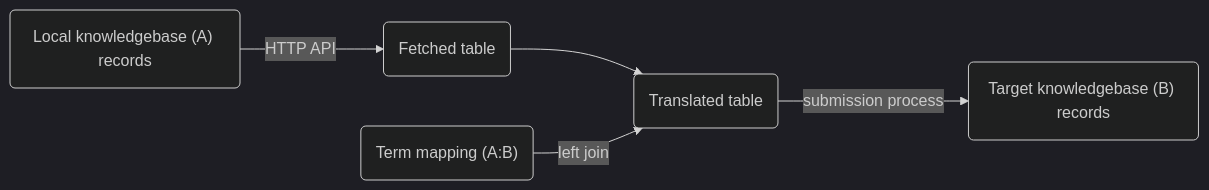
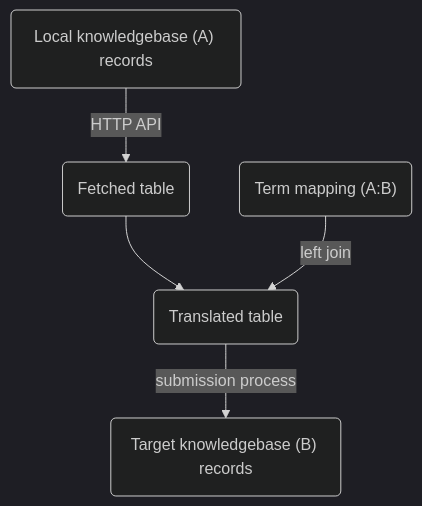
The diagram in posts/translating_biomed_metadata/index.qmd (djbordelon/djbordelon.github.io), drawn with Mermaid (dark theme) before and after one commit. The commit also changed other lines of this file and 7 other files, not shown here.

Commit message:
improve diagram

````diff
--- a/posts/translating_biomed_metadata/index.qmd
+++ b/posts/translating_biomed_metadata/index.qmd
@@ -35,13 +35,14 @@
 ```{mermaid}
-flowchart LR
+%%| fig-align: "center"
+flowchart
     n1["Local knowledgebase (A) records"] -- HTTP API --> n3["Fetched table"]
     n3 --> n5["Translated table"]
     n5 -- submission process --> n4["Target knowledgebase (B) records"]
     n2["Term mapping (A:B)"] -- left join --> n5
 
     n1@{ shape: rounded}
     n3@{ shape: rounded}
     n5@{ shape: rounded}
     n4@{ shape: rounded}
     n2@{ shape: rounded}
 ```
````
